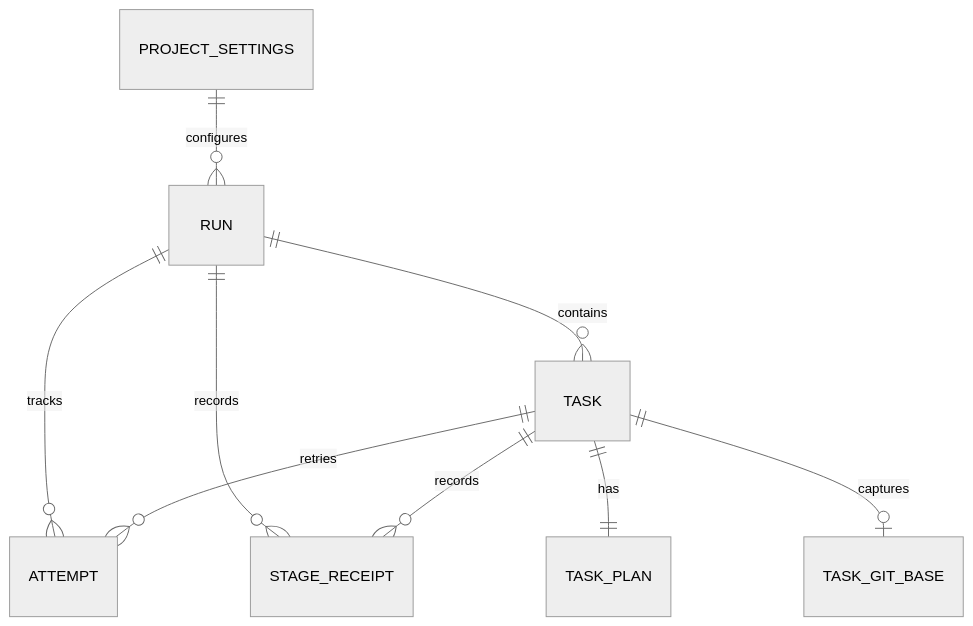
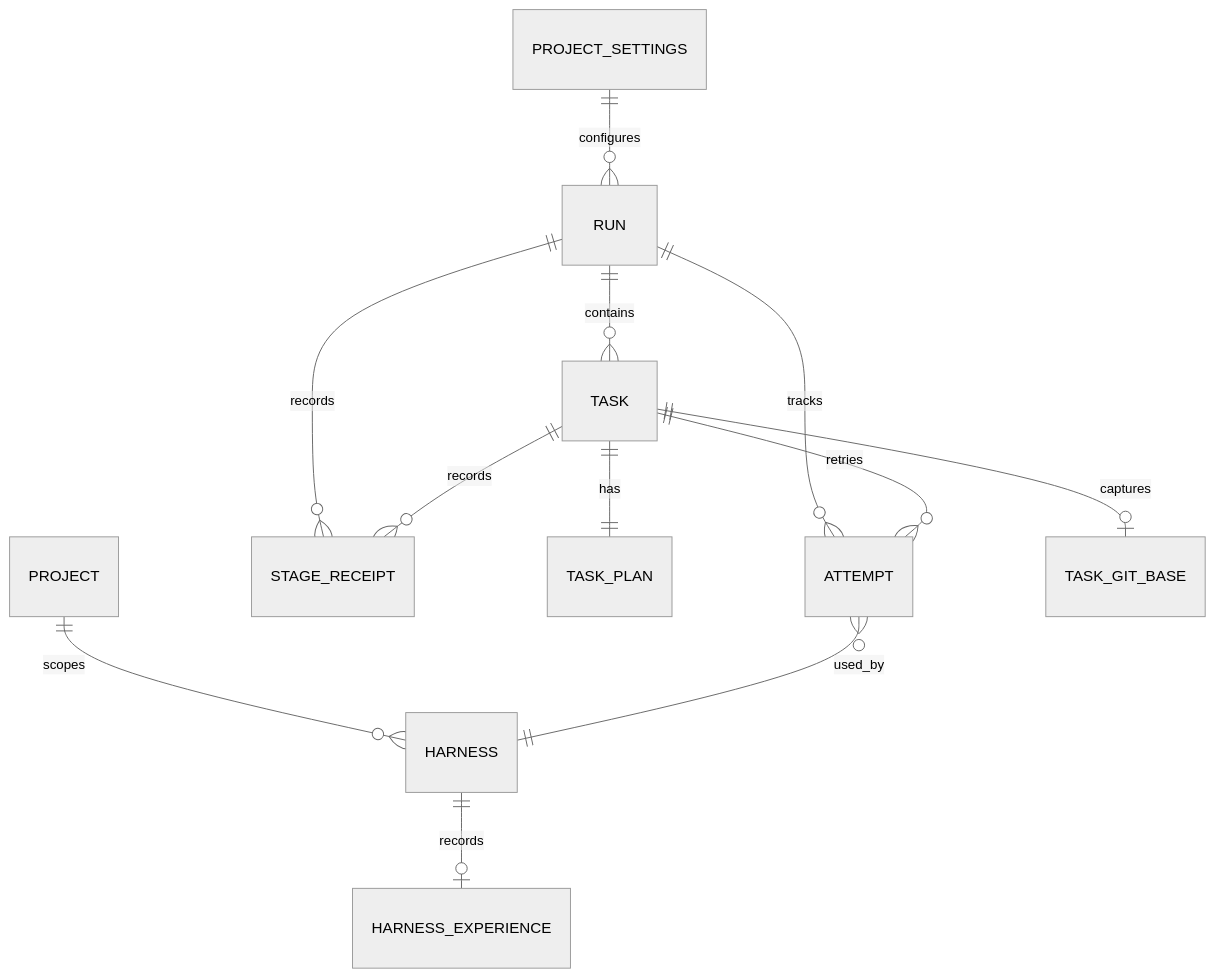
The diagram in docs/data-model/orchestration.md (VKirill/bb-plugin-lane-pilot), drawn with Mermaid (neutral theme) before and after one commit. The commit also changed other lines of this file and 15 other files, not shown here.

````diff
--- a/docs/data-model/orchestration.md
+++ b/docs/data-model/orchestration.md
@@ -26,11 +29,14 @@
 ```mermaid
 erDiagram
   PROJECT_SETTINGS ||--o{ RUN : configures
   RUN ||--o{ TASK : contains
   RUN ||--o{ ATTEMPT : tracks
   TASK ||--o{ ATTEMPT : retries
   RUN ||--o{ STAGE_RECEIPT : records
   TASK ||--o{ STAGE_RECEIPT : records
   TASK ||--|| TASK_PLAN : has
+  PROJECT ||--o{ HARNESS : scopes
+  HARNESS ||--o| HARNESS_EXPERIENCE : records
+  ATTEMPT }o--|| HARNESS : used_by
   TASK ||--o| TASK_GIT_BASE : captures
 ```
````
